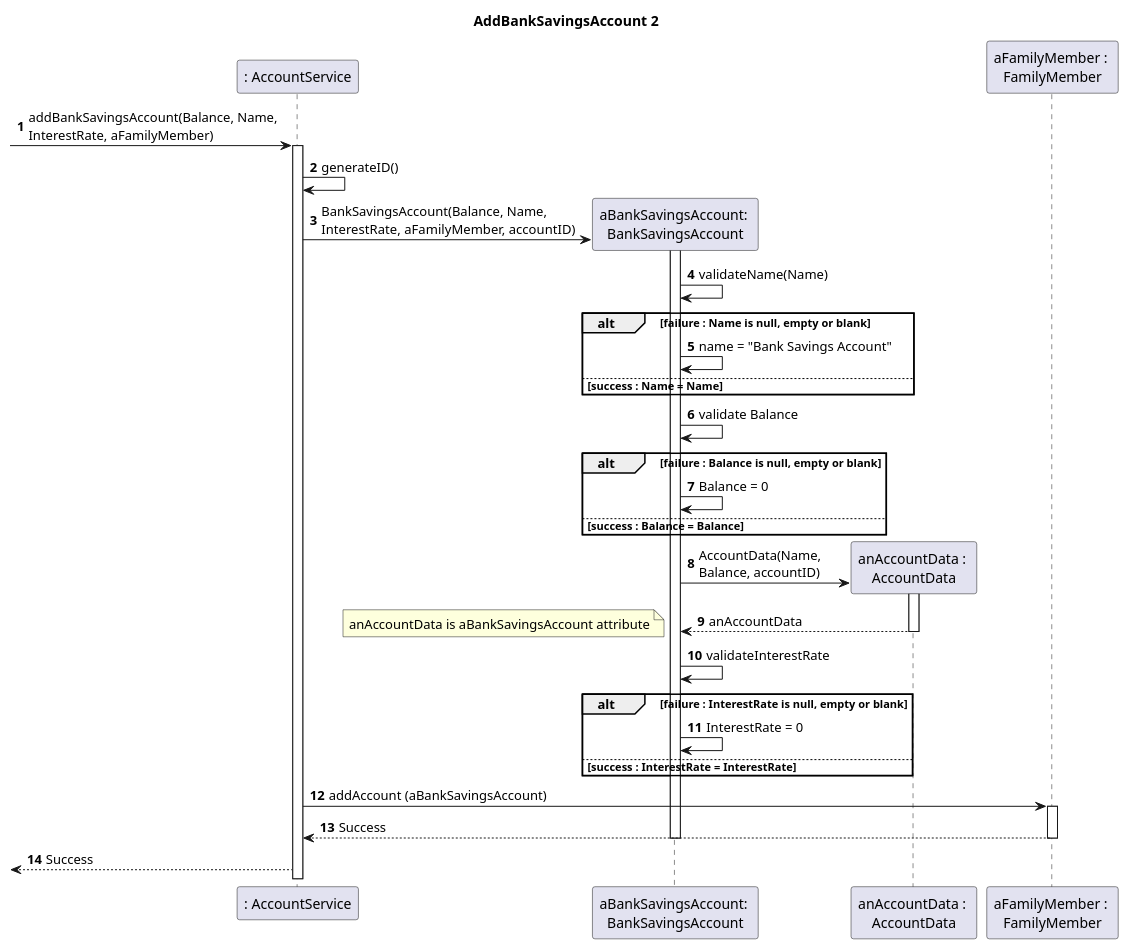
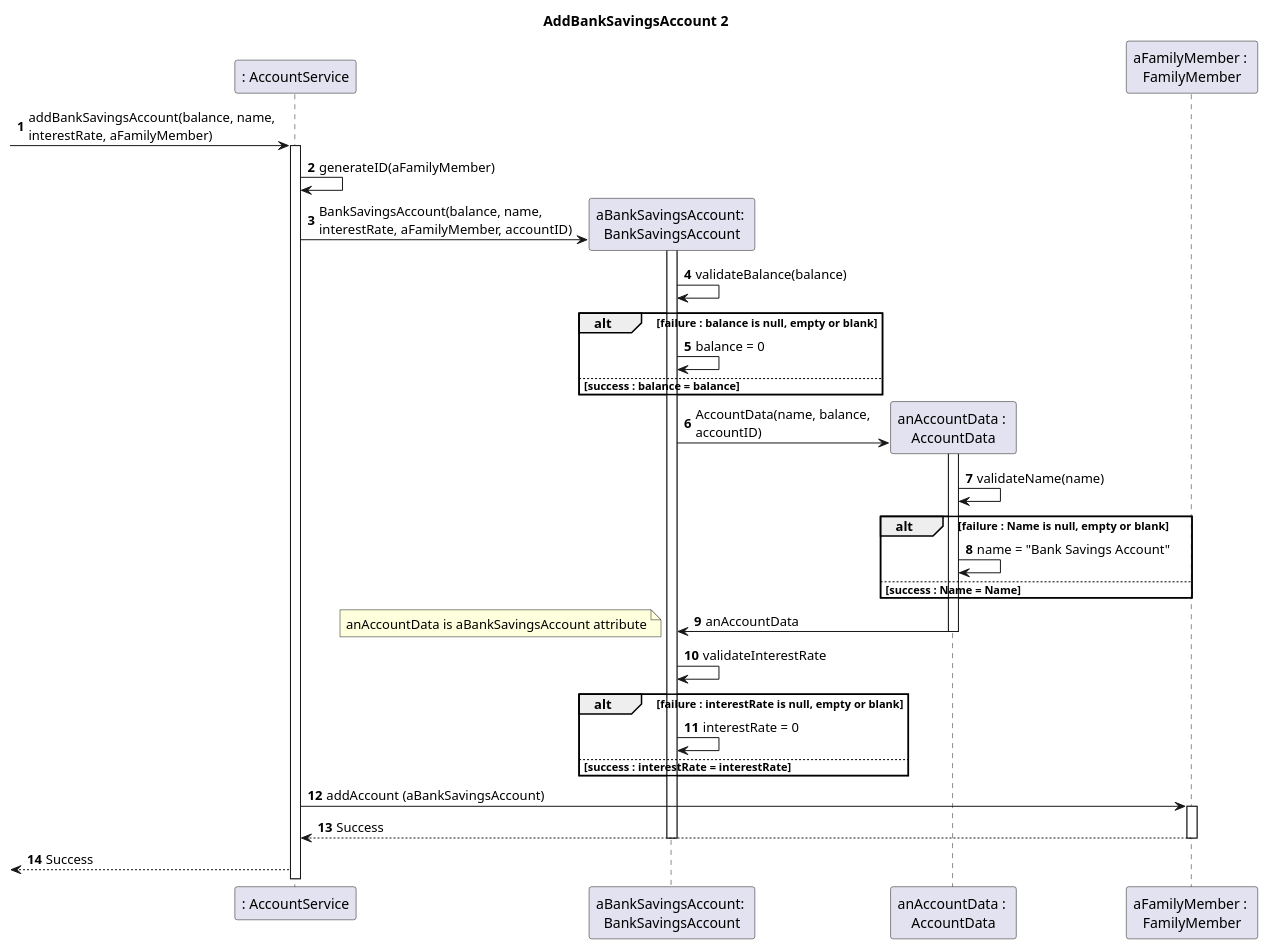
The third of 4 diagrams in docs/sprint2/user_stories/US172_AddBankSavingsAccount.md (tomas-osswald/switch_2020_g3), drawn with PlantUML before and after one commit. The commit also changed other lines of this file, not shown here.

Commit message:
Changes to Sequence Diagram

`````diff
--- a/docs/sprint2/user_stories/US172_AddBankSavingsAccount.md
+++ b/docs/sprint2/user_stories/US172_AddBankSavingsAccount.md
@@ -153,43 +158,48 @@
 ````puml
 autonumber
 
 title AddBankSavingsAccount 2
 
 participant ": AccountService" as accountservice
 participant "aBankSavingsAccount: \nBankSavingsAccount" as account
 participant "anAccountData : \nAccountData" as data
 participant "aFamilyMember : \nFamilyMember" as FamilyMember
 
 
--> accountservice : addBankSavingsAccount(Balance, Name, \nInterestRate, aFamilyMember)
+-> accountservice : addBankSavingsAccount(balance, name, \ninterestRate, aFamilyMember)
 activate accountservice
-accountservice -> accountservice : generateID()
-accountservice -> account ** : BankSavingsAccount(Balance, Name, \nInterestRate, aFamilyMember, accountID)
+accountservice -> accountservice : generateID(aFamilyMember)
+accountservice -> account ** : BankSavingsAccount(balance, name, \ninterestRate, aFamilyMember, accountID)
 activate account
-account -> account : validateName(Name)
+
+account -> account: validateBalance(balance)
+alt failure : balance is null, empty or blank
+account -> account : balance = 0
+else success : balance = balance
+end
+
+account -> data ** : AccountData(name, balance, \naccountID)
+activate data
+data -> data : validateName(name)
 alt failure : Name is null, empty or blank
-account -> account : name = "Bank Savings Account"
+data -> data : name = "Bank Savings Account"
 else success : Name = Name
 end
-account -> account: validate Balance
-alt failure : Balance is null, empty or blank
-account -> account : Balance = 0
-else success : Balance = Balance
-end
-account -> data ** : AccountData(Name, \nBalance, accountID)
-activate data
-data --> account : anAccountData
+
+data -> account : anAccountData
+
+
 note left : anAccountData is aBankSavingsAccount attribute
 deactivate data
 account -> account : validateInterestRate
-alt failure : InterestRate is null, empty or blank
-account -> account : InterestRate = 0
-else success : InterestRate = InterestRate
+alt failure : interestRate is null, empty or blank
+account -> account : interestRate = 0
+else success : interestRate = interestRate
 end
 accountservice -> FamilyMember : addAccount (aBankSavingsAccount)
 activate FamilyMember
 FamilyMember --> accountservice : Success
 deactivate account
 deactivate FamilyMember
 <-- accountservice : Success
 ````
`````
